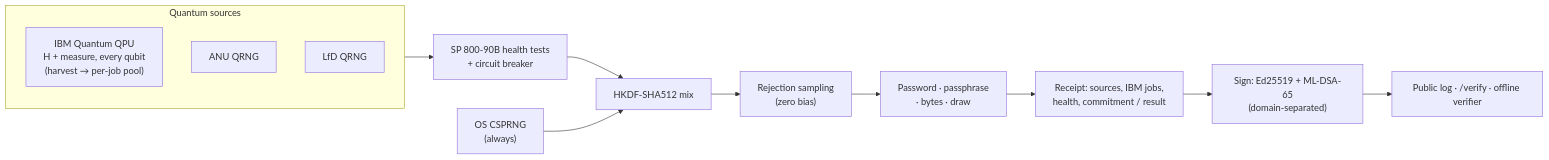
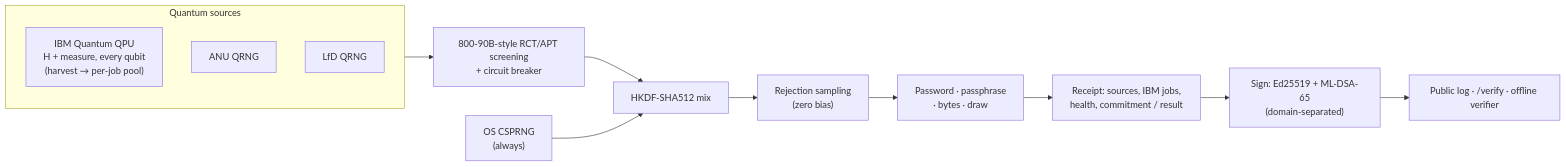
The diagram in README.md (ahmadhashimi/quantum-password-generator), drawn with Mermaid before and after one commit. The commit also changed other lines of this file and 10 other files, not shown here.

````diff
--- a/README.md
+++ b/README.md
@@ -106,16 +106,16 @@
 ```mermaid
 flowchart LR
     subgraph Q["Quantum sources"]
         IBM["IBM Quantum QPU<br/>H + measure, every qubit<br/>(harvest → per-job pool)"]
         ANU["ANU QRNG"]
         LFD["LfD QRNG"]
     end
-    Q --> HT["SP 800-90B health tests<br/>+ circuit breaker"]
+    Q --> HT["800-90B-style RCT/APT screening<br/>+ circuit breaker"]
     HT --> MIX["HKDF-SHA512 mix"]
     OS["OS CSPRNG<br/>(always)"] --> MIX
     MIX --> GEN["Rejection sampling<br/>(zero bias)"]
     GEN --> OUT["Password · passphrase<br/>· bytes · draw"]
     OUT --> RC["Receipt: sources, IBM jobs,<br/>health, commitment / result"]
     RC --> SIG["Sign: Ed25519 + ML-DSA-65<br/>(domain-separated)"]
     SIG --> LOG["Public log · /verify · offline verifier"]
 ```
````
